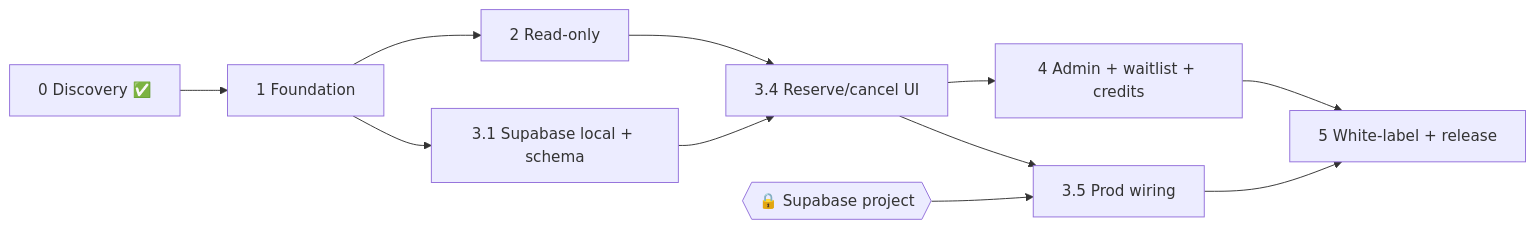
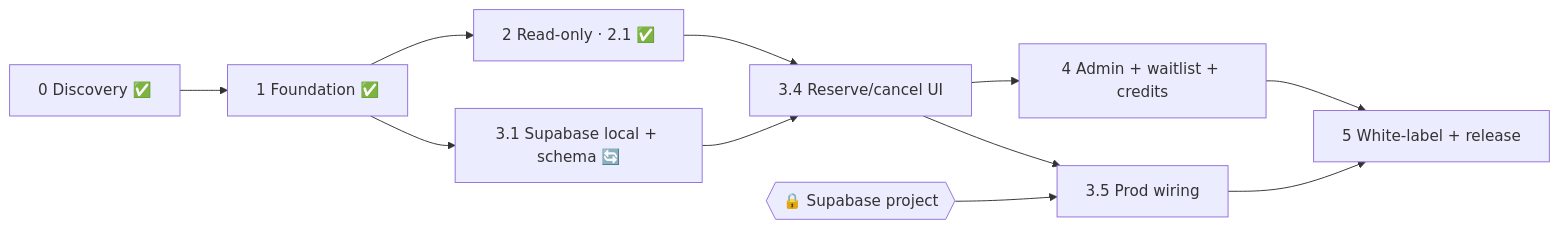
One commit to populinlou-dot/Bylou-landing changed the diagram in docs/booking/ROADMAP.md. Above: the diagram before and after it, drawn with Mermaid. The commit also changed other lines of this file and 4 other files, not shown here.

````diff
--- a/docs/booking/ROADMAP.md
+++ b/docs/booking/ROADMAP.md
@@ -18,13 +18,13 @@
 ```mermaid
 flowchart LR
-  P0[0 Discovery ✅] --> P1[1 Foundation]
-  P1 --> P2[2 Read-only]
-  P1 --> P3a[3.1 Supabase local + schema]
+  P0[0 Discovery ✅] --> P1[1 Foundation ✅]
+  P1 --> P2[2 Read-only · 2.1 ✅]
+  P1 --> P3a[3.1 Supabase local + schema 🔄]
   P2 --> P3b[3.4 Reserve/cancel UI]
   P3a --> P3b
   P3b --> P4[4 Admin + waitlist + credits]
   P4 --> P5[5 White-label + release]
   OG1{{🔒 Supabase project}} --> P3c[3.5 Prod wiring]
   P3b --> P3c
   P3c --> P5
 ```
````
